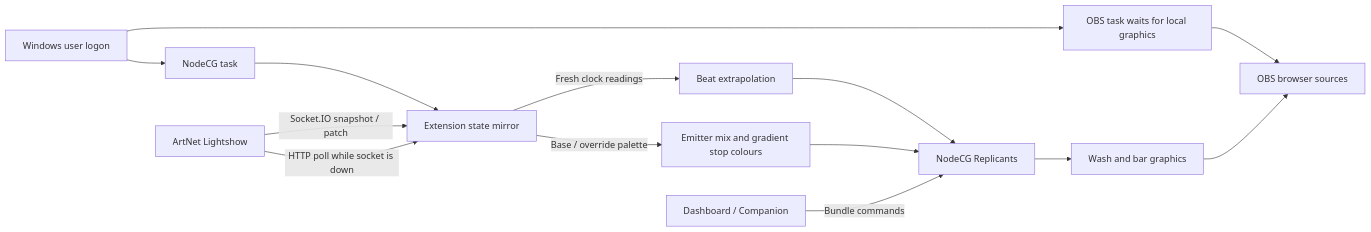
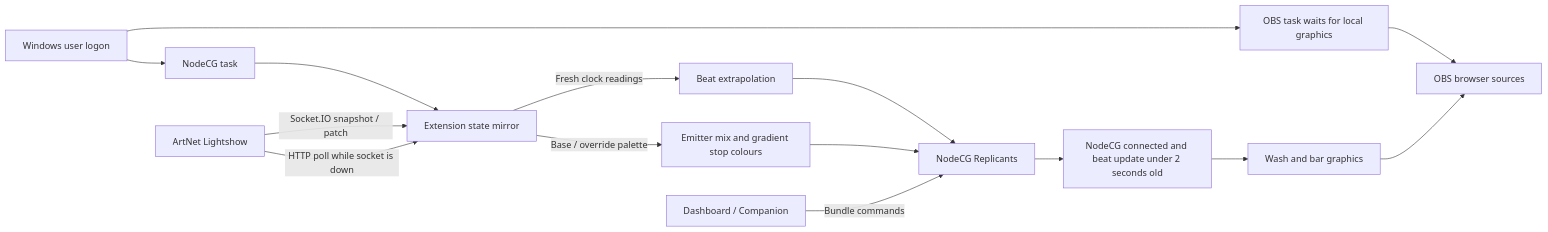
One commit to tyclab/party-visuals changed the diagram in README.md. Above: the diagram before and after it, drawn with Mermaid. The commit also changed other lines of this file, not shown here.

Commit message:
docs: describe graphics heartbeat and transport recovery

````diff
--- a/README.md
+++ b/README.md
@@ -260,16 +263,17 @@
 ```mermaid
 flowchart LR
   Logon[Windows user logon] --> NodeTask[NodeCG task]
   NodeTask --> Mirror
   Logon --> OBSLauncher[OBS task waits for local graphics]
   OBSLauncher --> OBS
   Lightshow[ArtNet Lightshow] -->|Socket.IO snapshot / patch| Mirror[Extension state mirror]
   Lightshow -->|HTTP poll while socket is down| Mirror
   Mirror -->|Fresh clock readings| Clock[Beat extrapolation]
   Mirror -->|Base / override palette| Colours[Emitter mix and gradient stop colours]
   Clock --> Replicants[NodeCG Replicants]
   Colours --> Replicants
-  Replicants --> Graphics[Wash and bar graphics]
+  Replicants --> Fresh[NodeCG connected and beat update under 2 seconds old]
+  Fresh --> Graphics[Wash and bar graphics]
   Graphics --> OBS[OBS browser sources]
   Controls[Dashboard / Companion] -->|Bundle commands| Replicants
 ```
````
